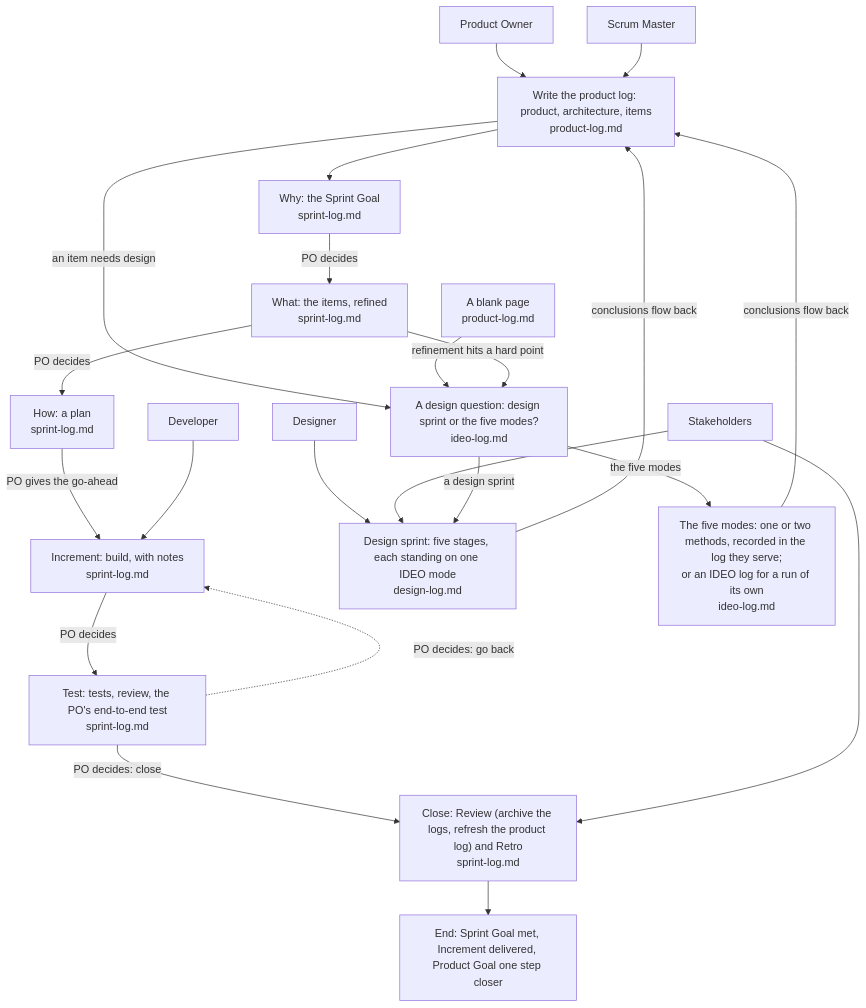
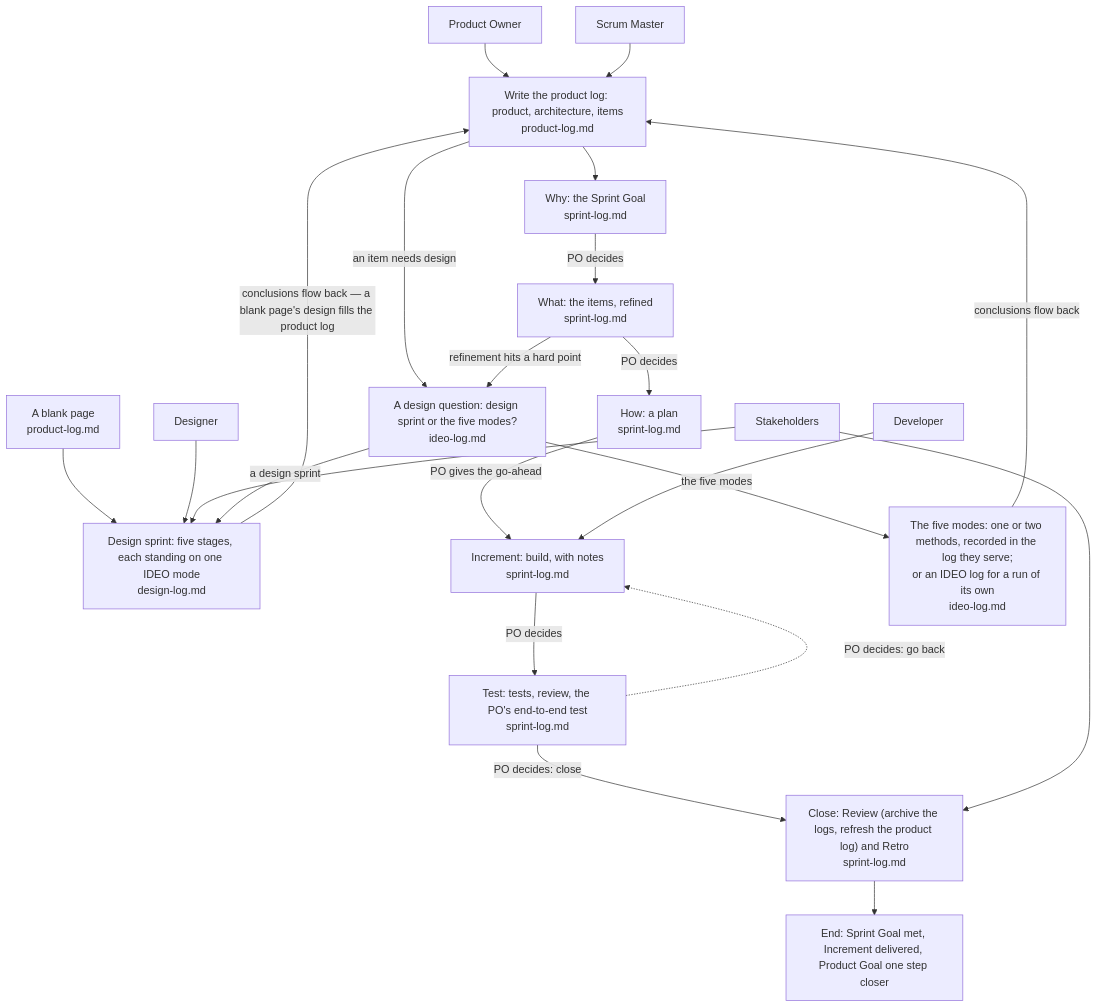
Before and after one commit to seapawn1/IDEO-Scrum: the diagram in plugins/ideo-scrum/skills/scrum-kernel/overview.md, drawn with Mermaid. The commit also changed 14 other files, not shown here.

Commit message:
docs(Sprint 17): 第 2 轮改动——三份描述、design-kernel 开头、白纸的图与要旨、精化分界；Codex 同步

````diff
--- a/plugins/ideo-scrum/skills/scrum-kernel/overview.md
+++ b/plugins/ideo-scrum/skills/scrum-kernel/overview.md
@@ -14,29 +14,29 @@
 ```mermaid
 flowchart TD
     PO["Product Owner"]
     SM["Scrum Master"]
     DEV["Developer"]
     DES["Designer"]
     SH["Stakeholders"]
     PO --> A["Write the product log: product, architecture, items<br/>product-log.md"]
     SM --> A
     A -- "an item needs design" --> X0["A design question: design sprint or the five modes?<br/>ideo-log.md"]
-    BP["A blank page<br/>product-log.md"] --> X0
+    BP["A blank page<br/>product-log.md"] --> X
     A --> S1["Why: the Sprint Goal<br/>sprint-log.md"]
     S1 -- "PO decides" --> S2["What: the items, refined<br/>sprint-log.md"]
     S2 -- "refinement hits a hard point" --> X0
     S2 -- "PO decides" --> S3["How: a plan<br/>sprint-log.md"]
     S3 -- "PO gives the go-ahead" --> S4["Increment: build, with notes<br/>sprint-log.md"]
     DEV --> S4
     S4 -- "PO decides" --> S5["Test: tests, review, the PO's end-to-end test<br/>sprint-log.md"]
     S5 -. "PO decides: go back" .-> S4
     S5 -- "PO decides: close" --> V["Close: Review (archive the logs, refresh the product log) and Retro<br/>sprint-log.md"]
     DES --> X
     SH --> X
     SH --> V
     X0 -- "a design sprint" --> X["Design sprint: five stages, each standing on one IDEO mode<br/>design-log.md"]
     X0 -- "the five modes" --> X2["The five modes: one or two methods, recorded in the log they serve;<br/>or an IDEO log for a run of its own<br/>ideo-log.md"]
-    X -- "conclusions flow back" --> A
+    X -- "conclusions flow back — a blank page's design fills the product log" --> A
     X2 -- "conclusions flow back" --> A
     V --> E["End: Sprint Goal met, Increment delivered, Product Goal one step closer"]
 ```
````
